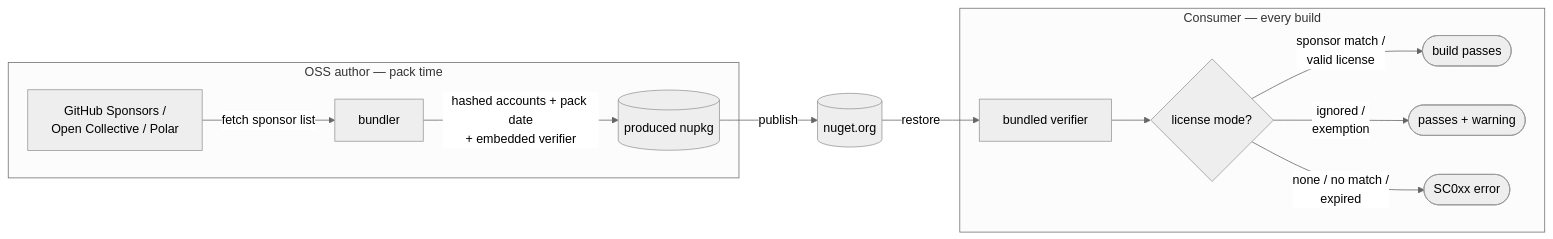
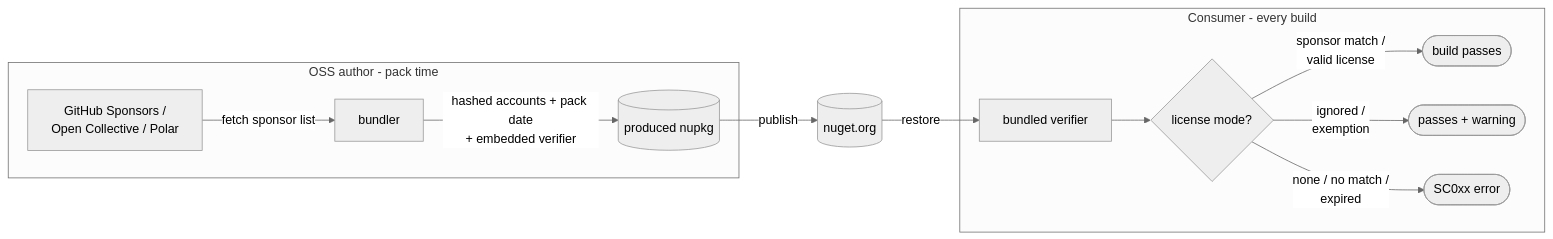
The diagram in readme.md (SimonCropp/SponsorCheck), drawn with Mermaid (neutral theme) before and after one commit. The commit also changed other lines of this file, not shown here.

````diff
--- a/readme.md
+++ b/readme.md
@@ -127,15 +127,15 @@
 ```mermaid
 flowchart LR
-    subgraph Author["OSS author — pack time"]
+    subgraph Author["OSS author - pack time"]
         Platforms["GitHub Sponsors /<br/>Open Collective / Polar"] -->|fetch sponsor list| Bundler[bundler]
         Bundler -->|"hashed accounts + pack date<br/>+ embedded verifier"| Nupkg[("produced nupkg")]
     end
-    subgraph Consumer["Consumer — every build"]
+    subgraph Consumer["Consumer - every build"]
         Verifier["bundled verifier"] --> Mode{license mode?}
         Mode -->|"sponsor match /<br/>valid license"| Pass(["build passes"])
         Mode -->|"ignored /<br/>exemption"| Warn(["passes + warning"])
         Mode -->|"none / no match /<br/>expired"| Fail(["SC0xx error"])
     end
     Nupkg -->|publish| Feed[("nuget.org")]
     Feed -->|restore| Verifier
 ```
````
